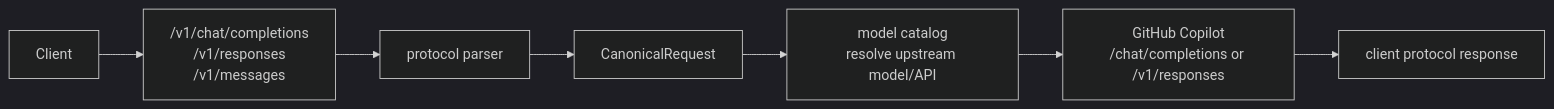
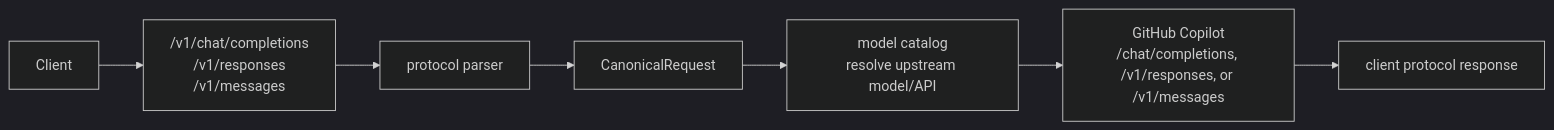
Before and after one commit to pczhao1210/ghcp-pool-proxy: the diagram in docs/protocol.en.md, drawn with Mermaid (dark theme). The commit also changed other lines of this file and 8 other files, not shown here.

````diff
--- a/docs/protocol.en.md
+++ b/docs/protocol.en.md
@@ -20,9 +21,9 @@
 ```mermaid
 flowchart LR
   C["Client"] --> E["/v1/chat/completions\n/v1/responses\n/v1/messages"]
   E --> P["protocol parser"]
   P --> R["CanonicalRequest"]
   R --> M["model catalog\nresolve upstream model/API"]
-  M --> U["GitHub Copilot\n/chat/completions or /v1/responses"]
+  M --> U["GitHub Copilot\n/chat/completions, /v1/responses, or /v1/messages"]
   U --> O["client protocol response"]
 ```
````
